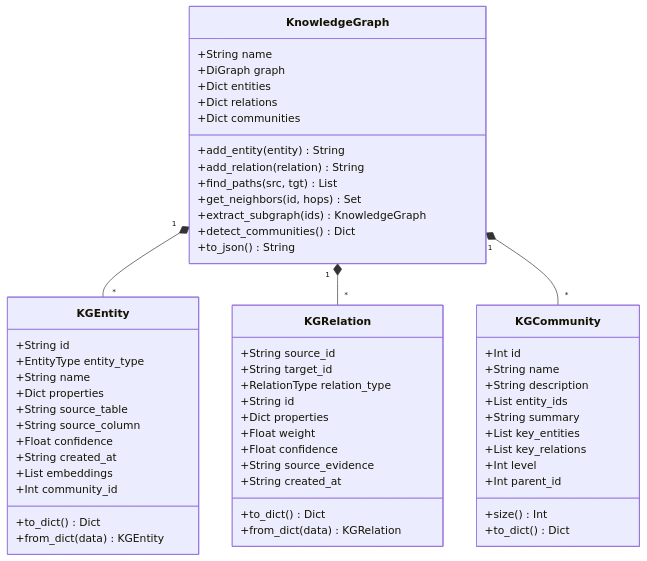
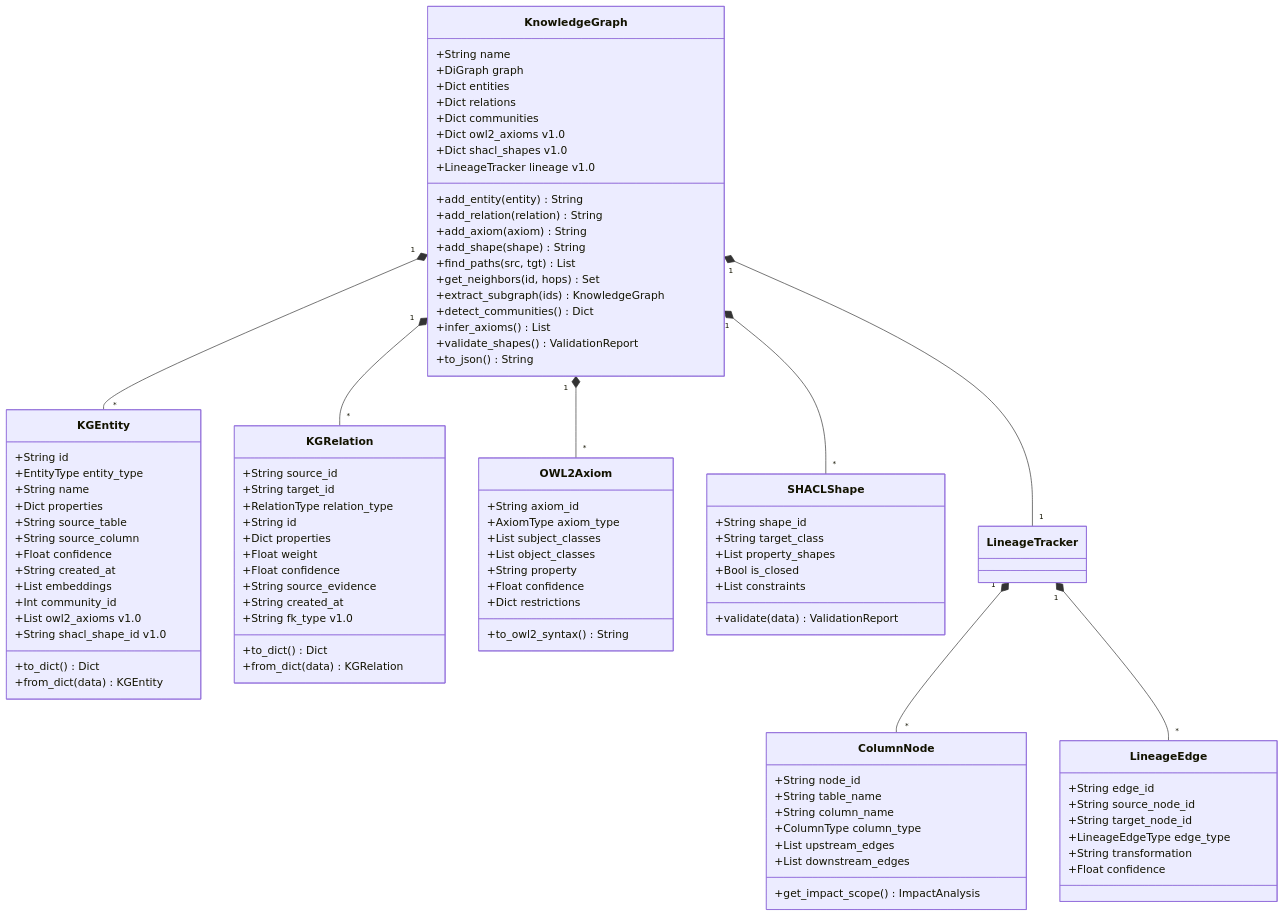
The ninth of 12 diagrams in docs/diagrams/06-knowledge-graph.md (sabill123/ontology), drawn with Mermaid before and after one commit. The commit also changed other lines of this file and 176 other files, not shown here.

````diff
--- a/docs/diagrams/06-knowledge-graph.md
+++ b/docs/diagrams/06-knowledge-graph.md
@@ -288,6 +438,8 @@
         +String created_at
         +List embeddings
         +Int community_id
+        +List owl2_axioms v1.0
+        +String shacl_shape_id v1.0
         +to_dict() Dict
         +from_dict(data) KGEntity
     }
@@ -302,22 +454,48 @@
         +Float confidence
         +String source_evidence
         +String created_at
+        +String fk_type v1.0
         +to_dict() Dict
         +from_dict(data) KGRelation
     }
 
-    class KGCommunity {
-        +Int id
-        +String name
-        +String description
-        +List entity_ids
-        +String summary
-        +List key_entities
-        +List key_relations
-        +Int level
-        +Int parent_id
-        +size() Int
-        +to_dict() Dict
+    class OWL2Axiom {
+        +String axiom_id
+        +AxiomType axiom_type
+        +List subject_classes
+        +List object_classes
+        +String property
+        +Float confidence
+        +Dict restrictions
+        +to_owl2_syntax() String
+    }
+
+    class SHACLShape {
+        +String shape_id
+        +String target_class
+        +List property_shapes
+        +Bool is_closed
+        +List constraints
+        +validate(data) ValidationReport
+    }
+
+    class ColumnNode {
+        +String node_id
+        +String table_name
+        +String column_name
+        +ColumnType column_type
+        +List upstream_edges
+        +List downstream_edges
+        +get_impact_scope() ImpactAnalysis
+    }
+
+    class LineageEdge {
+        +String edge_id
+        +String source_node_id
+        +String target_node_id
+        +LineageEdgeType edge_type
+        +String transformation
+        +Float confidence
     }
 
     class KnowledgeGraph {
@@ -326,16 +504,27 @@
         +Dict entities
         +Dict relations
         +Dict communities
+        +Dict owl2_axioms v1.0
+        +Dict shacl_shapes v1.0
+        +LineageTracker lineage v1.0
         +add_entity(entity) String
         +add_relation(relation) String
+        +add_axiom(axiom) String
+        +add_shape(shape) String
         +find_paths(src, tgt) List
         +get_neighbors(id, hops) Set
         +extract_subgraph(ids) KnowledgeGraph
         +detect_communities() Dict
+        +infer_axioms() List
+        +validate_shapes() ValidationReport
         +to_json() String
     }
 
     KnowledgeGraph "1" *-- "*" KGEntity
     KnowledgeGraph "1" *-- "*" KGRelation
-    KnowledgeGraph "1" *-- "*" KGCommunity
+    KnowledgeGraph "1" *-- "*" OWL2Axiom
+    KnowledgeGraph "1" *-- "*" SHACLShape
+    KnowledgeGraph "1" *-- "1" LineageTracker
+    LineageTracker "1" *-- "*" ColumnNode
+    LineageTracker "1" *-- "*" LineageEdge
 ```
````
